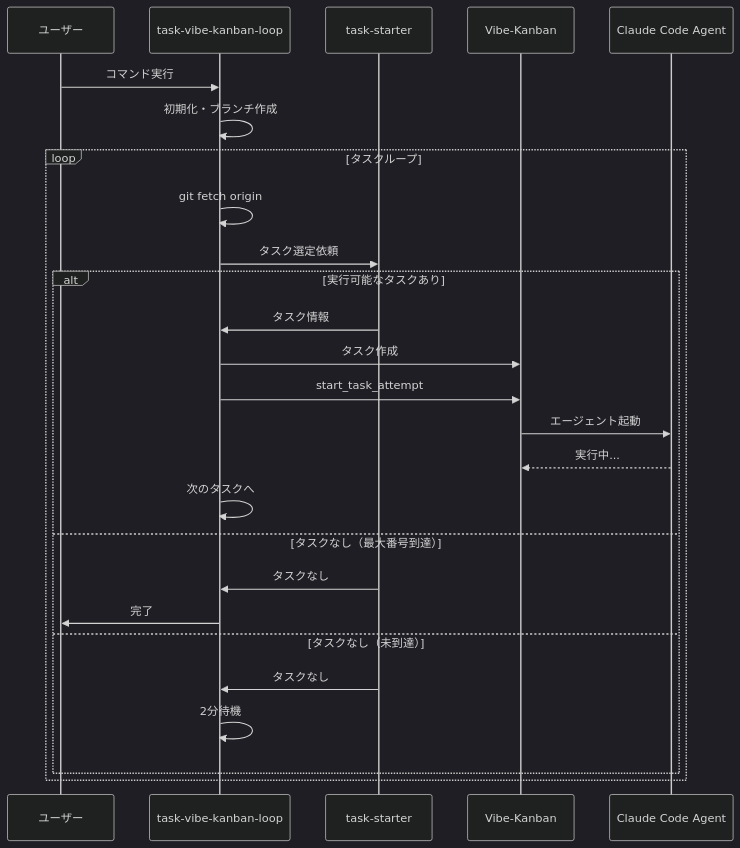
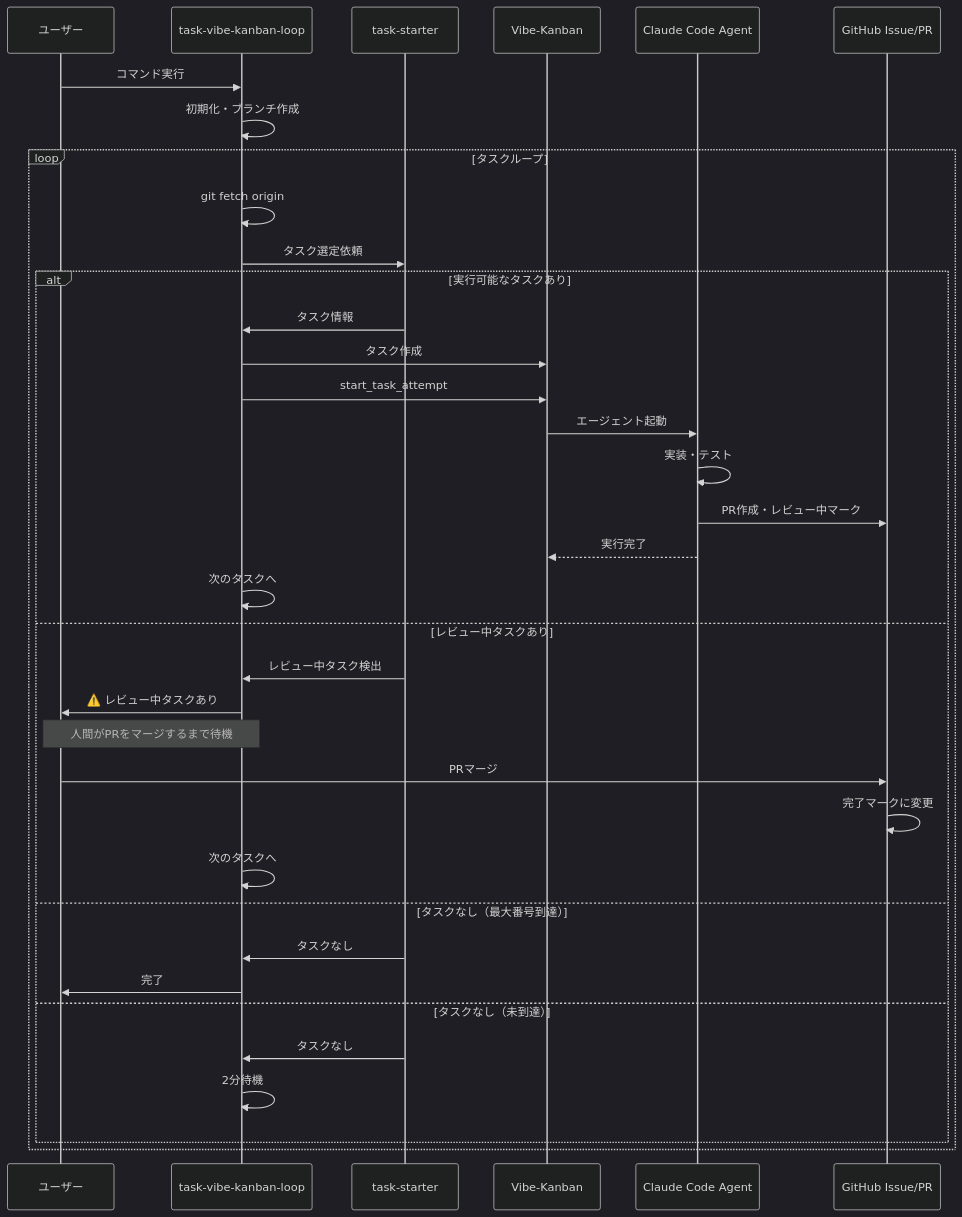
One commit to einja-inc/einja-management-template changed the second of 3 diagrams in docs/instructions/task-vibe-kanban-loop.md. Above: the diagram before and after it, drawn with Mermaid (dark theme). The commit also changed other lines of this file and 1 other file, not shown here.

````diff
--- a/docs/instructions/task-vibe-kanban-loop.md
+++ b/docs/instructions/task-vibe-kanban-loop.md
@@ -46,31 +46,41 @@
 ```mermaid
 sequenceDiagram
     participant User as ユーザー
     participant CMD as task-vibe-kanban-loop
     participant Starter as task-starter
     participant Vibe as Vibe-Kanban
     participant Agent as Claude Code Agent
+    participant GitHub as GitHub Issue/PR
 
     User->>CMD: コマンド実行
     CMD->>CMD: 初期化・ブランチ作成
 
     loop タスクループ
         CMD->>CMD: git fetch origin
         CMD->>Starter: タスク選定依頼
 
         alt 実行可能なタスクあり
             Starter->>CMD: タスク情報
             CMD->>Vibe: タスク作成
             CMD->>Vibe: start_task_attempt
             Vibe->>Agent: エージェント起動
-            Agent-->>Vibe: 実行中...
+            Agent->>Agent: 実装・テスト
+            Agent->>GitHub: PR作成・レビュー中マーク
+            Agent-->>Vibe: 実行完了
+            CMD->>CMD: 次のタスクへ
+        else レビュー中タスクあり
+            Starter->>CMD: レビュー中タスク検出
+            CMD->>User: ⚠️ レビュー中タスクあり
+            Note over User,CMD: 人間がPRをマージするまで待機
+            User->>GitHub: PRマージ
+            GitHub->>GitHub: 完了マークに変更
             CMD->>CMD: 次のタスクへ
         else タスクなし（最大番号到達）
             Starter->>CMD: タスクなし
             CMD->>User: 完了
         else タスクなし（未到達）
             Starter->>CMD: タスクなし
             CMD->>CMD: 2分待機
         end
     end
 ```
````
